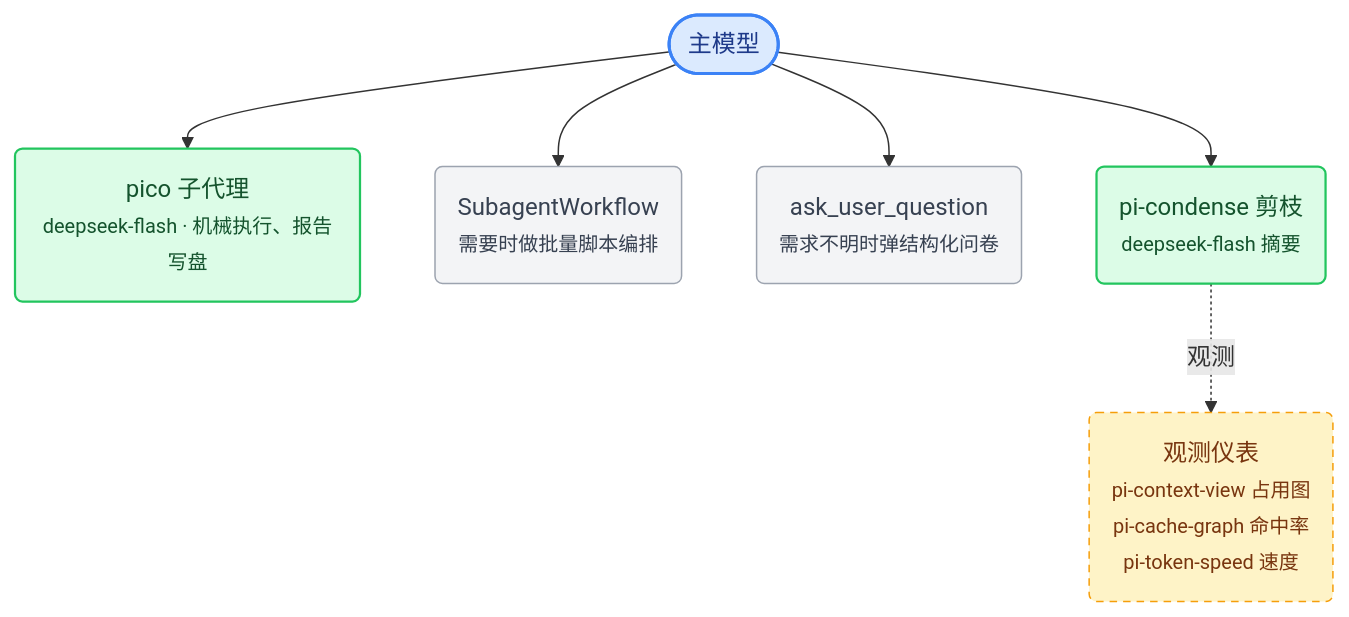
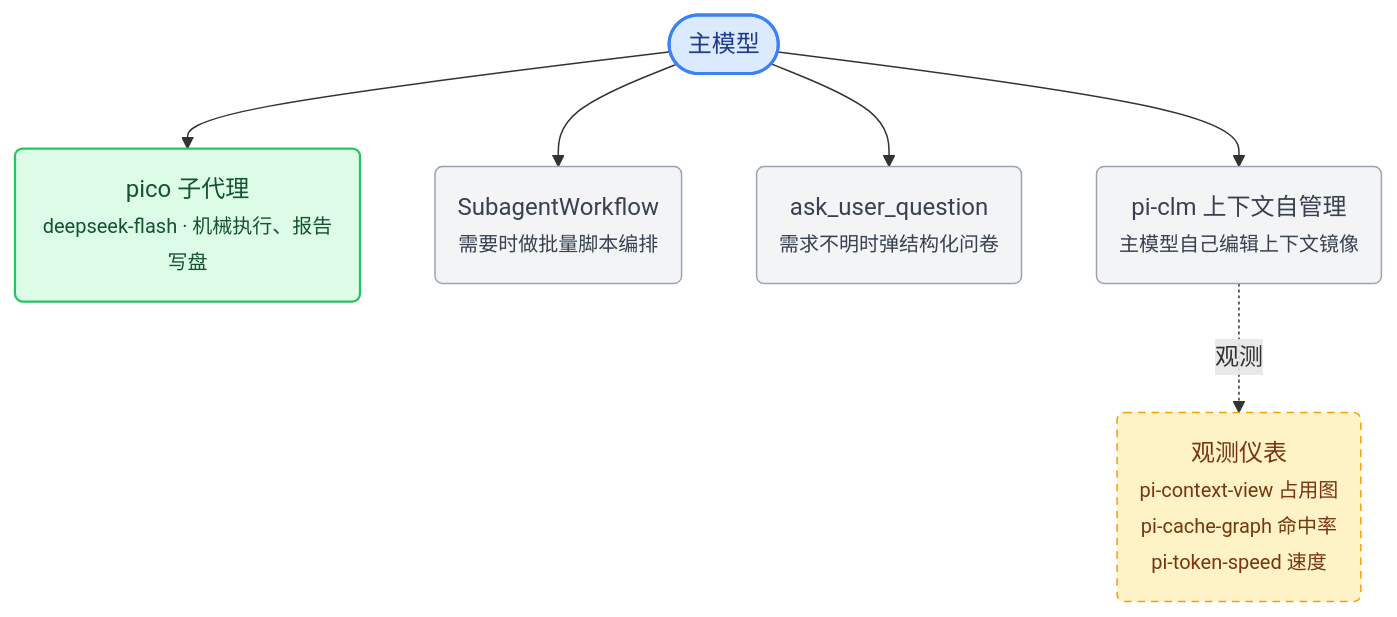
One commit to Jerry2003sky/pi-playbook changed the second of 2 diagrams in docs/04-高阶阶段.md. Above: the diagram before and after it, drawn with Mermaid. The commit also changed other lines of this file and 8 other files, not shown here.

````diff
--- a/docs/04-高阶阶段.md
+++ b/docs/04-高阶阶段.md
@@ -360,20 +435,20 @@
 ```mermaid
 flowchart TB
     M(["主模型"])
 
     M --> P("pico 子代理<br/><small>deepseek-flash · 机械执行、报告写盘</small>")
     M --> W("SubagentWorkflow<br/><small>需要时做批量脚本编排</small>")
     M --> Q("ask_user_question<br/><small>需求不明时弹结构化问卷</small>")
-    M --> C("pi-condense 剪枝<br/><small>deepseek-flash 摘要</small>")
+    M --> C("pi-clm 上下文自管理<br/><small>主模型自己编辑上下文镜像</small>")
 
     C -. 观测 .-> O("观测仪表<br/><small>pi-context-view 占用图<br/>pi-cache-graph 命中率<br/>pi-token-speed 速度</small>")
 
     classDef main fill:#dbeafe,stroke:#3b82f6,stroke-width:2px,color:#1e3a8a
     classDef cheapN fill:#dcfce7,stroke:#22c55e,stroke-width:1.5px,color:#14532d
     classDef tool fill:#f3f4f6,stroke:#9ca3af,color:#374151
     classDef watch fill:#fef3c7,stroke:#f59e0b,stroke-dasharray:5 4,color:#78350f
     class M main
-    class P,C cheapN
-    class W,Q tool
+    class P cheapN
+    class W,Q,C tool
     class O watch
 ```
````
